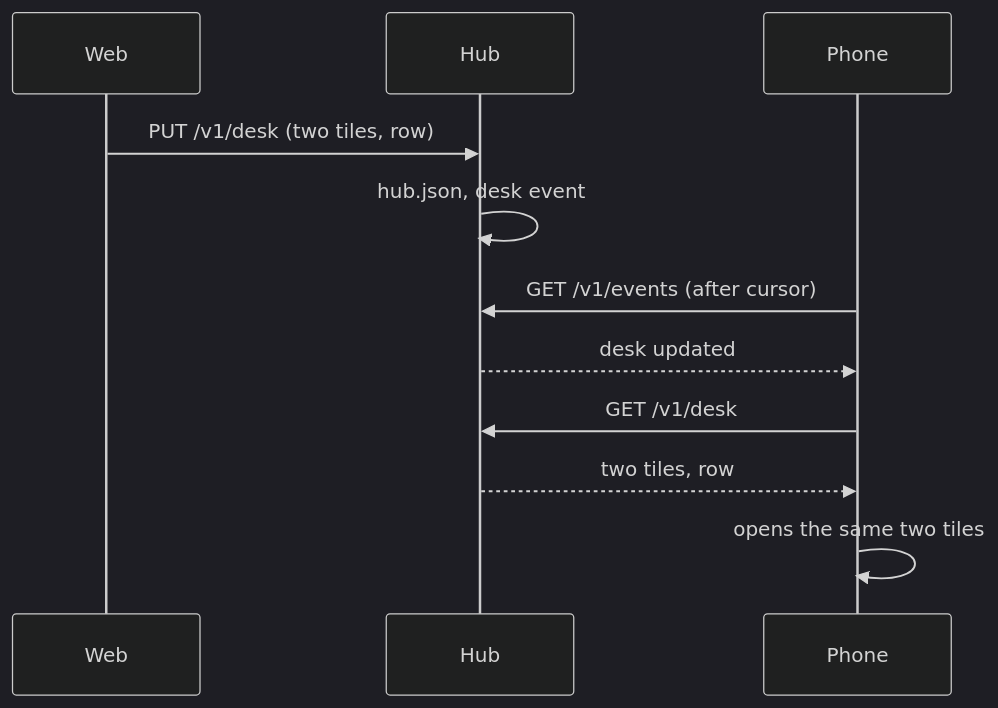
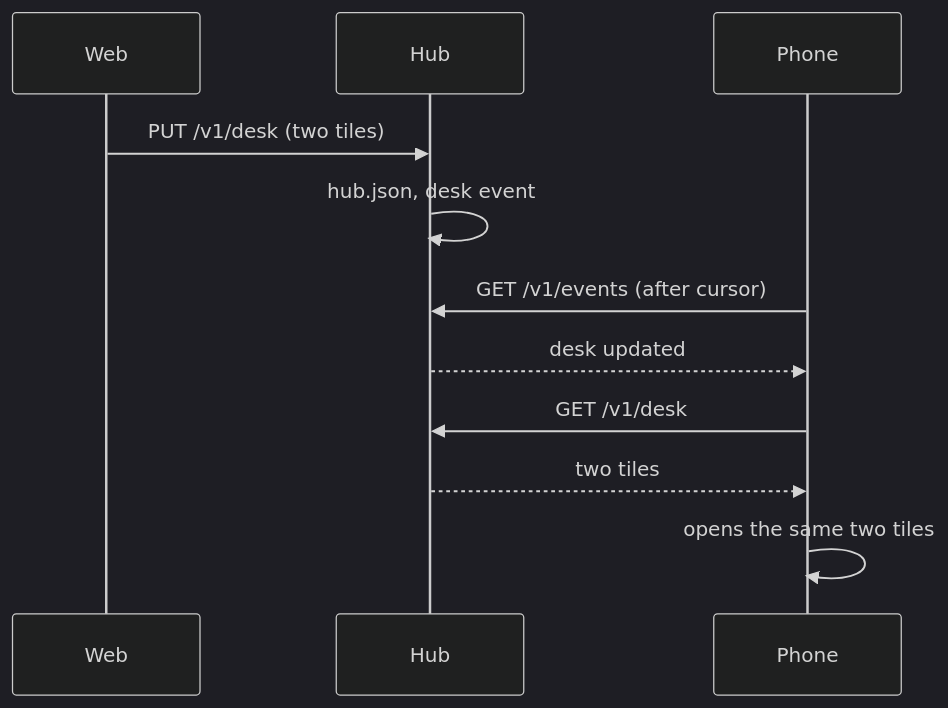
Before and after one commit to notmarkopadjen/muxway: the diagram in docs/features/desk.md, drawn with Mermaid (dark theme). The commit also changed other lines of this file and 29 other files, not shown here.

````diff
--- a/docs/features/desk.md
+++ b/docs/features/desk.md
@@ -11,13 +12,13 @@
 ```mermaid
 sequenceDiagram
     participant W as Web
     participant H as Hub
     participant P as Phone
-    W->>H: PUT /v1/desk (two tiles, row)
+    W->>H: PUT /v1/desk (two tiles)
     H->>H: hub.json, desk event
     P->>H: GET /v1/events (after cursor)
     H-->>P: desk updated
     P->>H: GET /v1/desk
-    H-->>P: two tiles, row
+    H-->>P: two tiles
     P->>P: opens the same two tiles
 ```
````
